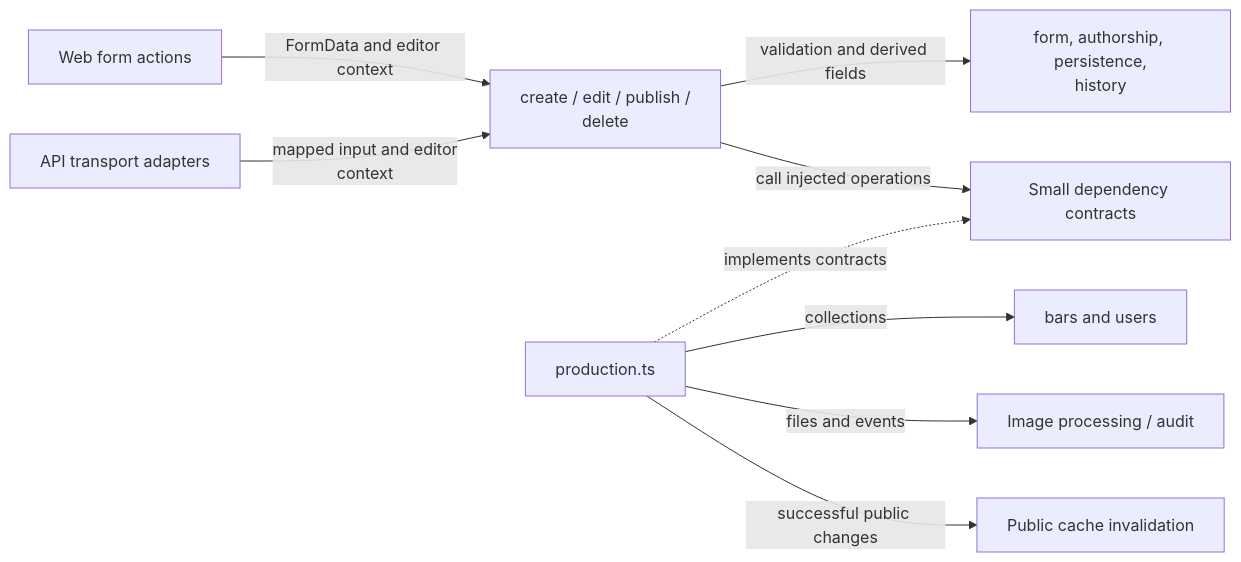
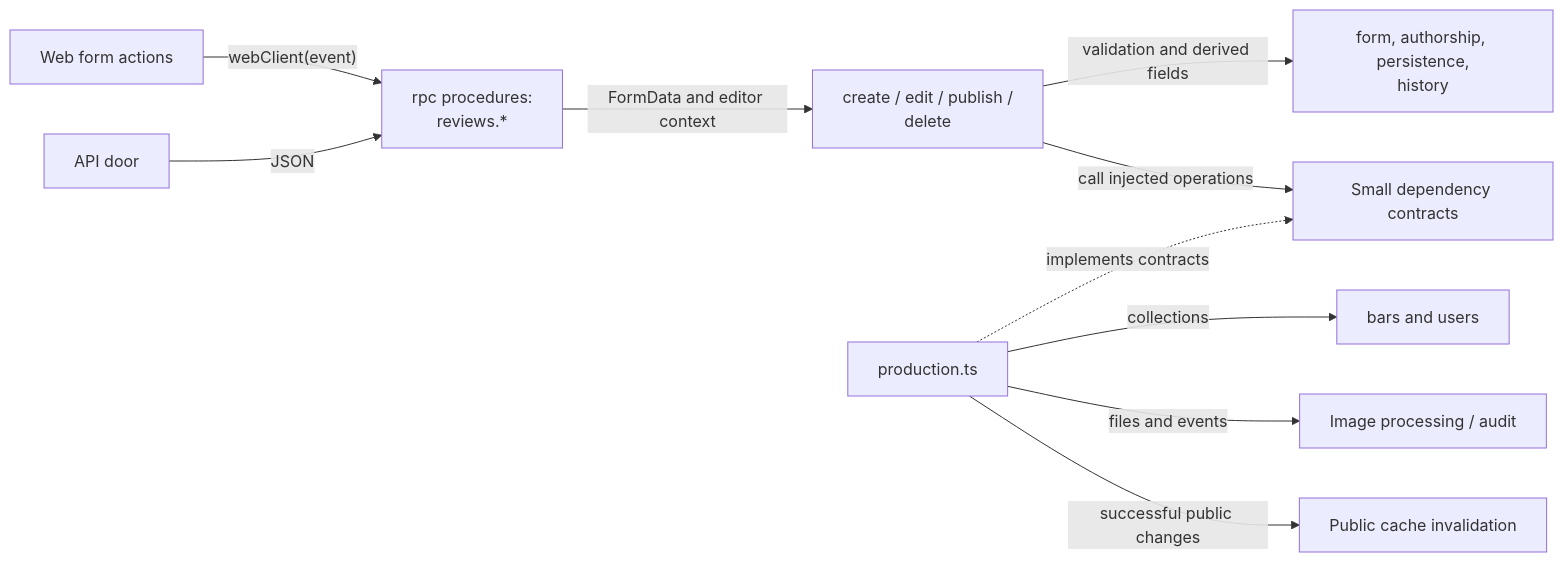
Before and after one commit to jonathan-lindqvist/enstorstarkreview: the first of 3 diagrams in src/lib/server/reviews/README.md, drawn with Mermaid. The commit also changed other lines of this file and 17 other files, not shown here.

````diff
--- a/src/lib/server/reviews/README.md
+++ b/src/lib/server/reviews/README.md
@@ -11,11 +11,12 @@
 ```mermaid
 flowchart LR
-    Web["Web form actions"] -->|"FormData and editor context"| Workflows["create / edit / publish /<br/>delete"]
-    API["API transport adapters"] -->|"mapped input and editor<br/>context"| Workflows
+    Web["Web form actions"] -->|"webClient(event)"| Rpc["rpc procedures:<br/>reviews.*"]
+    API["API door"] -->|"JSON"| Rpc
+    Rpc -->|"FormData and editor context"| Workflows["create / edit / publish /<br/>delete"]
     Workflows -->|"validation and derived fields"| Rules["form, authorship, persistence,<br/>history"]
     Workflows -->|"call injected operations"| Contracts["Small dependency contracts"]
     Production["production.ts"] -.->|"implements contracts"| Contracts
     Production -->|"collections"| DB["bars and users"]
     Production -->|"files and events"| SideEffects["Image processing / audit"]
     Production -->|"successful public changes"| Caches["Public cache invalidation"]
 ```
````
